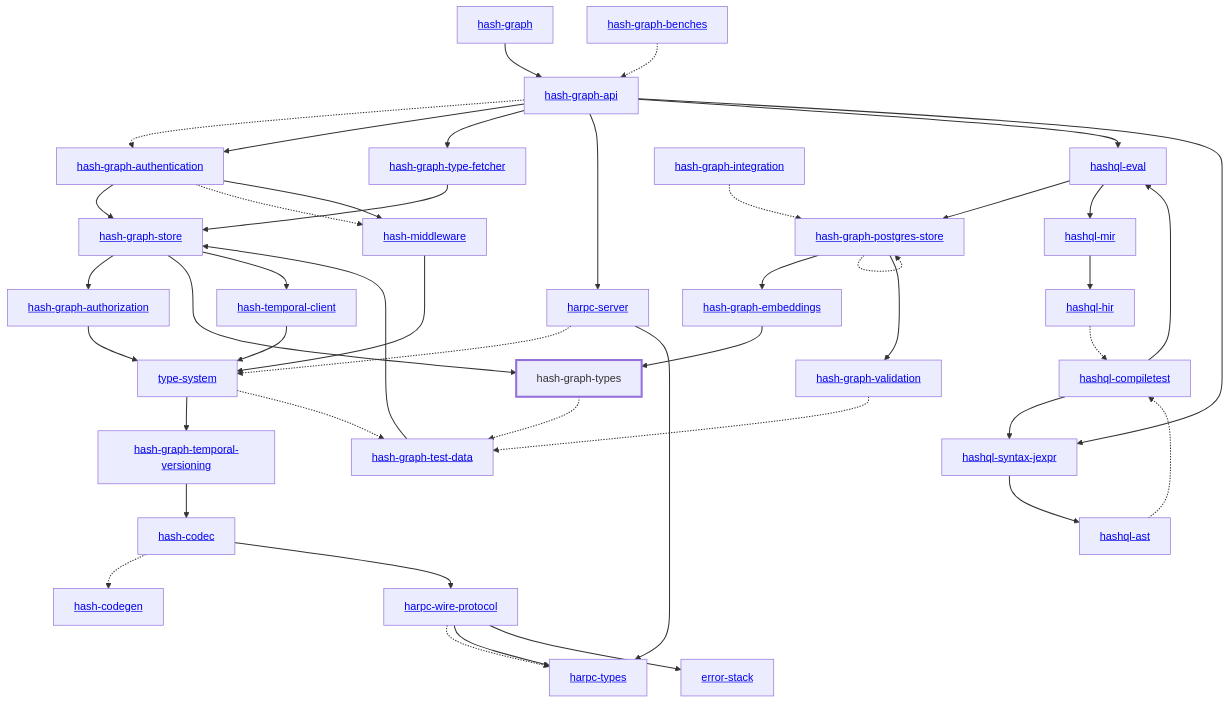
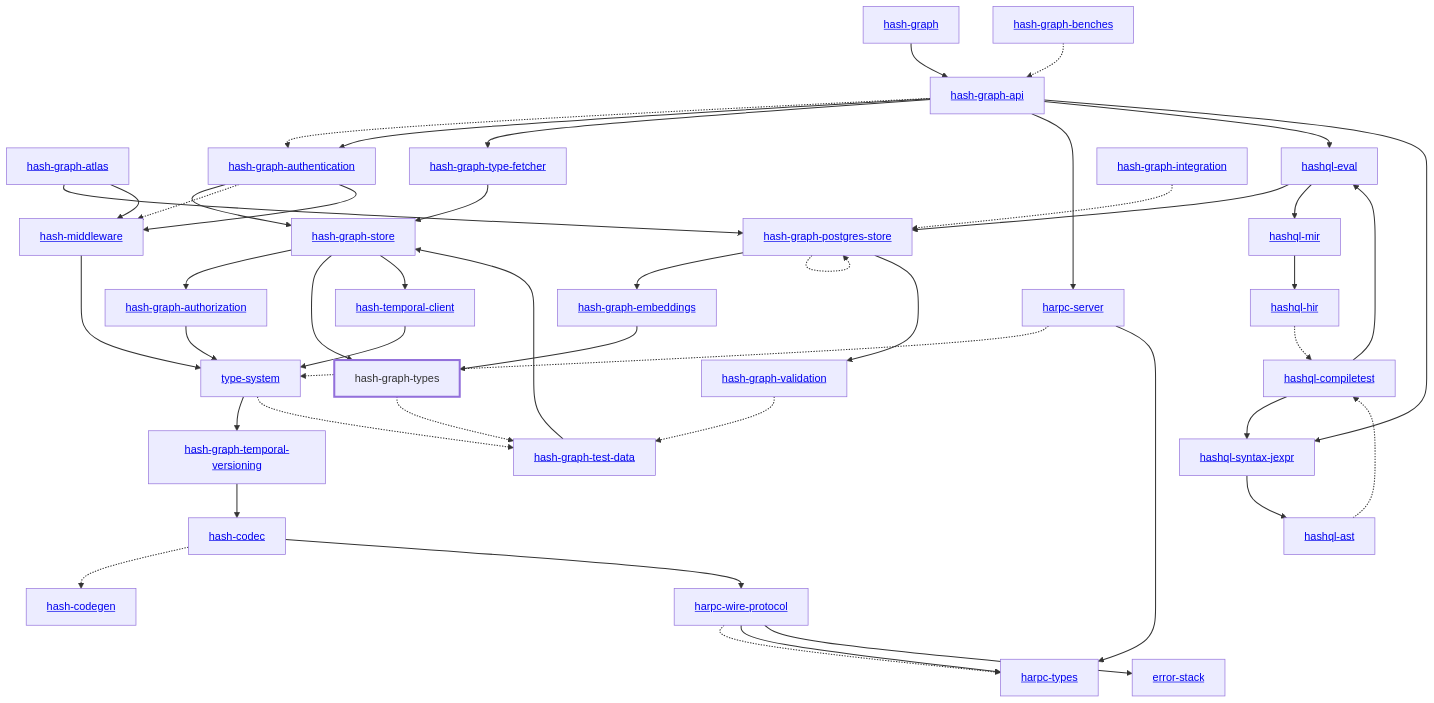
The diagram in libs/@local/graph/types/docs/dependency-diagram.mmd (hashintel/hash), drawn with Mermaid before and after one commit. The commit also changed 647 other files, not shown here.

Commit message:
BE-782: Fit 2D semantic maps over graph entities and serve them as tiles (#9305)

```diff
--- a/libs/@local/graph/types/docs/dependency-diagram.mmd
+++ b/libs/@local/graph/types/docs/dependency-diagram.mmd
@@ -1,84 +1,87 @@
 graph TD
     linkStyle default stroke-width:1.5px
     classDef default stroke-width:1px
     classDef root stroke-width:3px
     classDef dev stroke-width:1px
     classDef build stroke-width:1px
     %% Legend
     %% --> : Normal dependency
     %% -.-> : Dev dependency
     %% ---> : Build dependency
     0[<a href="../hash_graph/index.html">hash-graph</a>]
     1[<a href="../type_system/index.html">type-system</a>]
     2[<a href="../hash_codec/index.html">hash-codec</a>]
     3[<a href="../hash_codegen/index.html">hash-codegen</a>]
     4[<a href="../hash_graph_api/index.html">hash-graph-api</a>]
-    5[<a href="../hash_graph_authentication/index.html">hash-graph-authentication</a>]
-    6[<a href="../hash_graph_authorization/index.html">hash-graph-authorization</a>]
-    7[<a href="../hash_graph_embeddings/index.html">hash-graph-embeddings</a>]
-    8[<a href="../hash_graph_postgres_store/index.html">hash-graph-postgres-store</a>]
-    9[<a href="../hash_graph_store/index.html">hash-graph-store</a>]
-    10[<a href="../hash_graph_temporal_versioning/index.html">hash-graph-temporal-versioning</a>]
-    11[<a href="../hash_graph_type_fetcher/index.html">hash-graph-type-fetcher</a>]
-    12[hash-graph-types]
-    class 12 root
-    13[<a href="../hash_graph_validation/index.html">hash-graph-validation</a>]
-    14[<a href="../harpc_server/index.html">harpc-server</a>]
-    15[<a href="../harpc_types/index.html">harpc-types</a>]
-    16[<a href="../harpc_wire_protocol/index.html">harpc-wire-protocol</a>]
-    17[<a href="../hashql_ast/index.html">hashql-ast</a>]
-    18[<a href="../hashql_compiletest/index.html">hashql-compiletest</a>]
-    19[<a href="../hashql_eval/index.html">hashql-eval</a>]
-    20[<a href="../hashql_hir/index.html">hashql-hir</a>]
-    21[<a href="../hashql_mir/index.html">hashql-mir</a>]
-    22[<a href="../hashql_syntax_jexpr/index.html">hashql-syntax-jexpr</a>]
-    23[<a href="../hash_middleware/index.html">hash-middleware</a>]
-    24[<a href="../hash_temporal_client/index.html">hash-temporal-client</a>]
-    25[<a href="../error_stack/index.html">error-stack</a>]
-    26[<a href="../hash_graph_benches/index.html">hash-graph-benches</a>]
-    27[<a href="../hash_graph_integration/index.html">hash-graph-integration</a>]
-    28[<a href="../hash_graph_test_data/index.html">hash-graph-test-data</a>]
+    5[<a href="../hash_graph_atlas/index.html">hash-graph-atlas</a>]
+    6[<a href="../hash_graph_authentication/index.html">hash-graph-authentication</a>]
+    7[<a href="../hash_graph_authorization/index.html">hash-graph-authorization</a>]
+    8[<a href="../hash_graph_embeddings/index.html">hash-graph-embeddings</a>]
+    9[<a href="../hash_graph_postgres_store/index.html">hash-graph-postgres-store</a>]
+    10[<a href="../hash_graph_store/index.html">hash-graph-store</a>]
+    11[<a href="../hash_graph_temporal_versioning/index.html">hash-graph-temporal-versioning</a>]
+    12[<a href="../hash_graph_type_fetcher/index.html">hash-graph-type-fetcher</a>]
+    13[hash-graph-types]
+    class 13 root
+    14[<a href="../hash_graph_validation/index.html">hash-graph-validation</a>]
+    15[<a href="../harpc_server/index.html">harpc-server</a>]
+    16[<a href="../harpc_types/index.html">harpc-types</a>]
+    17[<a href="../harpc_wire_protocol/index.html">harpc-wire-protocol</a>]
+    18[<a href="../hashql_ast/index.html">hashql-ast</a>]
+    19[<a href="../hashql_compiletest/index.html">hashql-compiletest</a>]
+    20[<a href="../hashql_eval/index.html">hashql-eval</a>]
+    21[<a href="../hashql_hir/index.html">hashql-hir</a>]
+    22[<a href="../hashql_mir/index.html">hashql-mir</a>]
+    23[<a href="../hashql_syntax_jexpr/index.html">hashql-syntax-jexpr</a>]
+    24[<a href="../hash_middleware/index.html">hash-middleware</a>]
+    25[<a href="../hash_temporal_client/index.html">hash-temporal-client</a>]
+    26[<a href="../error_stack/index.html">error-stack</a>]
+    27[<a href="../hash_graph_benches/index.html">hash-graph-benches</a>]
+    28[<a href="../hash_graph_integration/index.html">hash-graph-integration</a>]
+    29[<a href="../hash_graph_test_data/index.html">hash-graph-test-data</a>]
     0 --> 4
-    1 --> 10
-    1 -.-> 28
+    1 --> 11
+    1 -.-> 29
     2 -.-> 3
-    2 --> 16
-    4 -.-> 5
-    4 --> 5
-    4 --> 11
-    4 --> 14
-    4 --> 19
-    4 --> 22
+    2 --> 17
+    4 -.-> 6
+    4 --> 6
+    4 --> 12
+    4 --> 15
+    4 --> 20
+    4 --> 23
     5 --> 9
-    5 -.-> 23
-    5 --> 23
-    6 --> 1
-    7 --> 12
-    8 --> 7
-    8 -.-> 8
+    5 --> 24
+    6 --> 10
+    6 -.-> 24
+    6 --> 24
+    7 --> 1
     8 --> 13
-    9 --> 6
-    9 --> 12
-    9 --> 24
-    10 --> 2
-    11 --> 9
-    12 -.-> 28
-    13 -.-> 28
-    14 -.-> 1
-    14 --> 15
-    16 -.-> 15
-    16 --> 15
-    16 --> 25
-    17 -.-> 18
-    18 --> 19
-    18 --> 22
-    19 --> 8
-    19 --> 21
-    20 -.-> 18
-    21 --> 20
-    22 --> 17
-    23 --> 1
+    9 --> 8
+    9 -.-> 9
+    9 --> 14
+    10 --> 7
+    10 --> 13
+    10 --> 25
+    11 --> 2
+    12 --> 10
+    13 -.-> 29
+    14 -.-> 29
+    15 -.-> 1
+    15 --> 16
+    17 -.-> 16
+    17 --> 16
+    17 --> 26
+    18 -.-> 19
+    19 --> 20
+    19 --> 23
+    20 --> 9
+    20 --> 22
+    21 -.-> 19
+    22 --> 21
+    23 --> 18
     24 --> 1
-    26 -.-> 4
-    27 -.-> 8
-    28 --> 9
+    25 --> 1
+    27 -.-> 4
+    28 -.-> 9
+    29 --> 10
```
